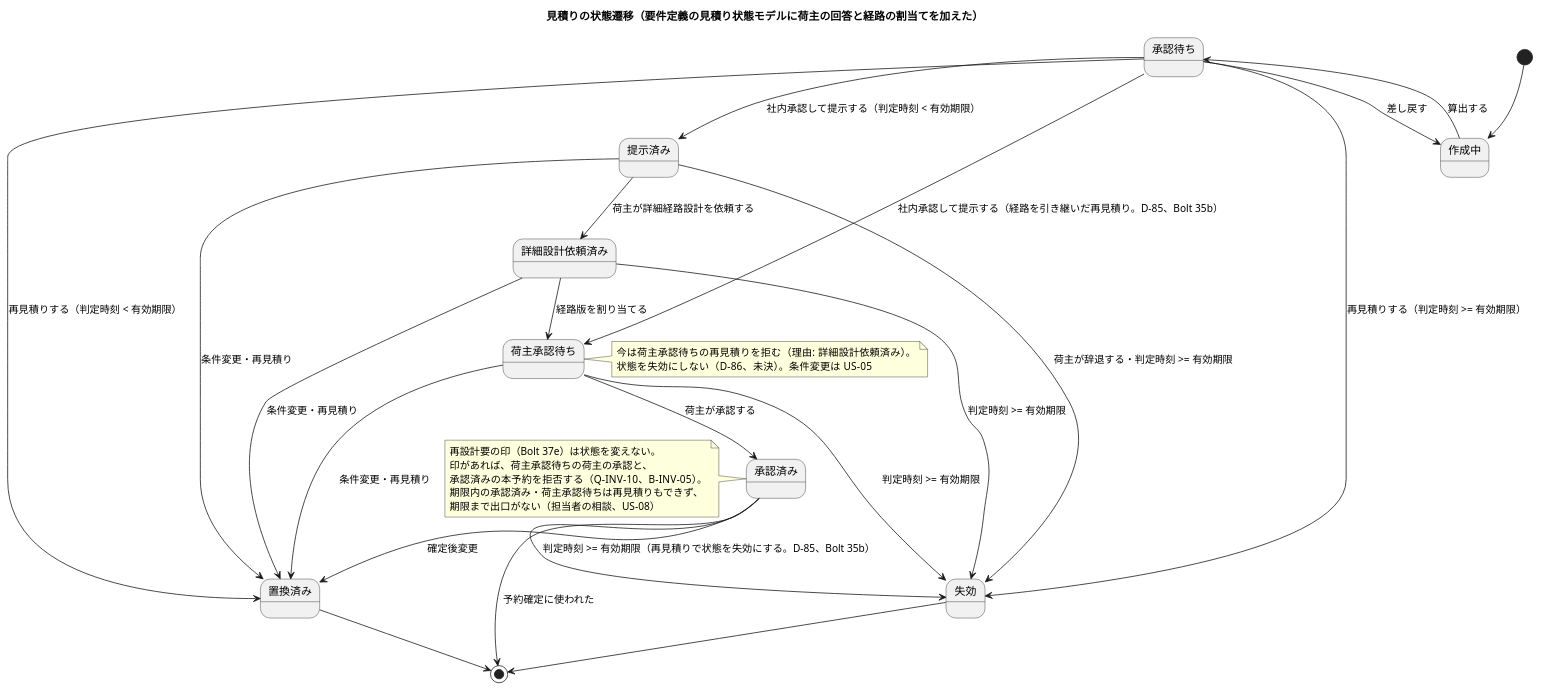
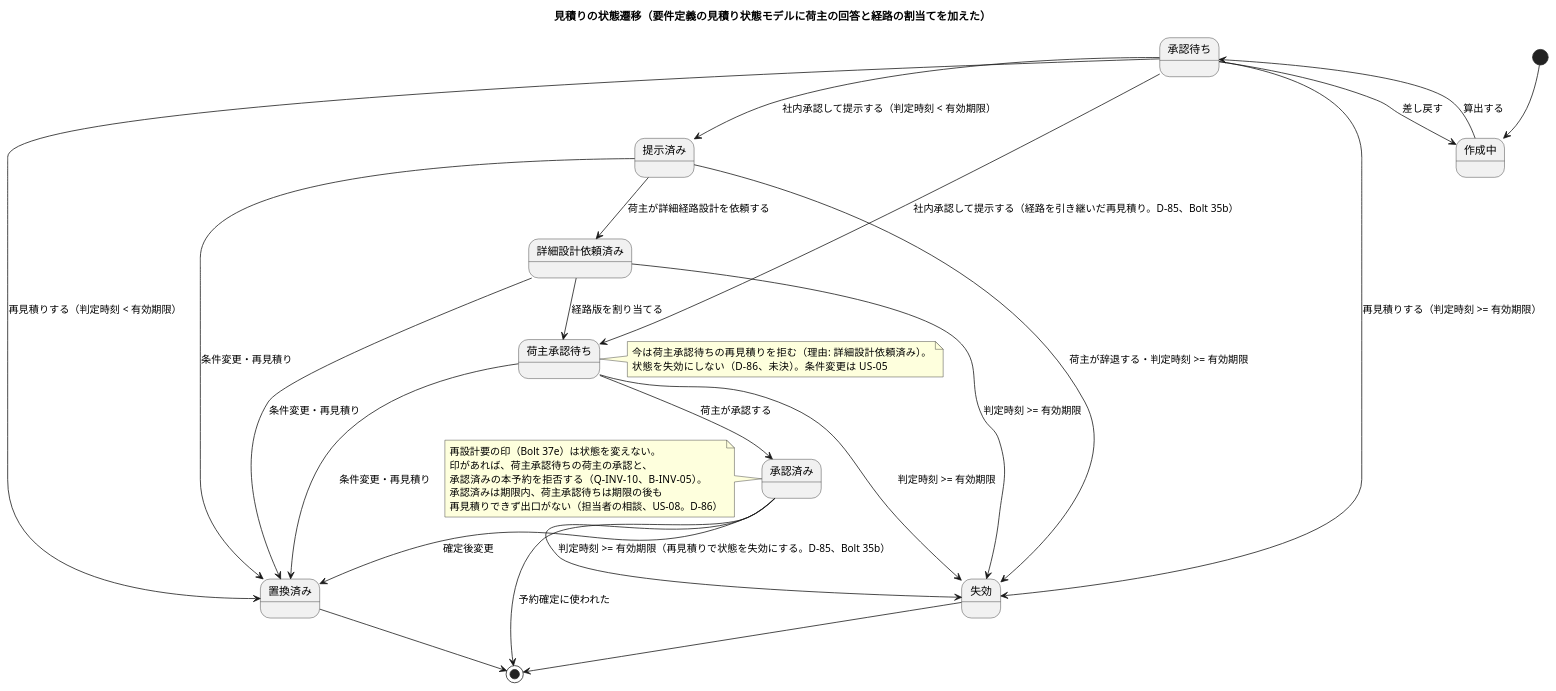
The fifth of 23 diagrams in docs/design/cargo-tracker/domain_model.md (k2works/practical-domain-driven-design-in-enterpris-application), drawn with PlantUML before and after one commit. The commit also changed other lines of this file and 4 other files, not shown here.

````diff
--- a/docs/design/cargo-tracker/domain_model.md
+++ b/docs/design/cargo-tracker/domain_model.md
@@ -506,37 +507,37 @@
 ```plantuml
 @startuml
 title 見積りの状態遷移（要件定義の見積り状態モデルに荷主の回答と経路の割当てを加えた）
 [*] --> 作成中
 作成中 --> 承認待ち : 算出する
 承認待ち --> 提示済み : 社内承認して提示する（判定時刻 < 有効期限）
 承認待ち --> 荷主承認待ち : 社内承認して提示する（経路を引き継いだ再見積り。D-85、Bolt 35b）
 承認待ち --> 作成中 : 差し戻す
 承認待ち --> 置換済み : 再見積りする（判定時刻 < 有効期限）
 承認待ち --> 失効 : 再見積りする（判定時刻 >= 有効期限）
 提示済み --> 詳細設計依頼済み : 荷主が詳細経路設計を依頼する
 詳細設計依頼済み --> 荷主承認待ち : 経路版を割り当てる
 荷主承認待ち --> 承認済み : 荷主が承認する
 提示済み --> 失効 : 荷主が辞退する・判定時刻 >= 有効期限
 詳細設計依頼済み --> 失効 : 判定時刻 >= 有効期限
 荷主承認待ち --> 失効 : 判定時刻 >= 有効期限
 承認済み --> 失効 : 判定時刻 >= 有効期限（再見積りで状態を失効にする。D-85、Bolt 35b）
 提示済み --> 置換済み : 条件変更・再見積り
 詳細設計依頼済み --> 置換済み : 条件変更・再見積り
 荷主承認待ち --> 置換済み : 条件変更・再見積り
 note right of 荷主承認待ち
   今は荷主承認待ちの再見積りを拒む（理由: 詳細設計依頼済み）。
   状態を失効にしない（D-86、未決）。条件変更は US-05
 end note
 note left of 承認済み
   再設計要の印（Bolt 37e）は状態を変えない。
   印があれば、荷主承認待ちの荷主の承認と、
   承認済みの本予約を拒否する（Q-INV-10、B-INV-05）。
-  期限内の承認済み・荷主承認待ちは再見積りもできず、
-  期限まで出口がない（担当者の相談、US-08）
+  承認済みは期限内、荷主承認待ちは期限の後も
+  再見積りできず出口がない（担当者の相談、US-08。D-86）
 end note
 承認済み --> 置換済み : 確定後変更
 失効 --> [*]
 置換済み --> [*]
 承認済み --> [*] : 予約確定に使われた
 @enduml
 ```
````
